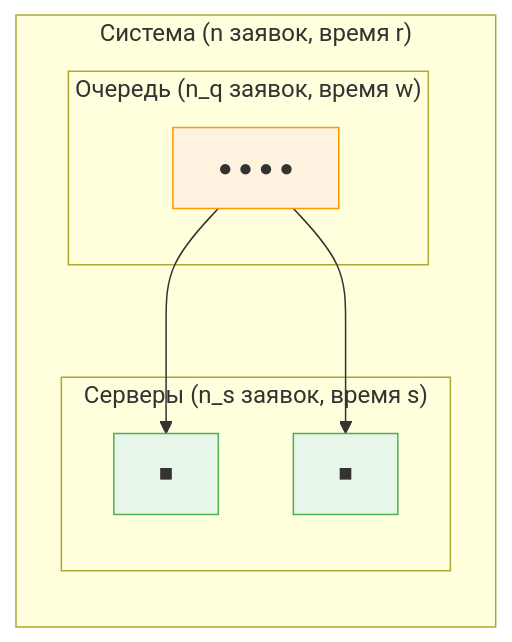
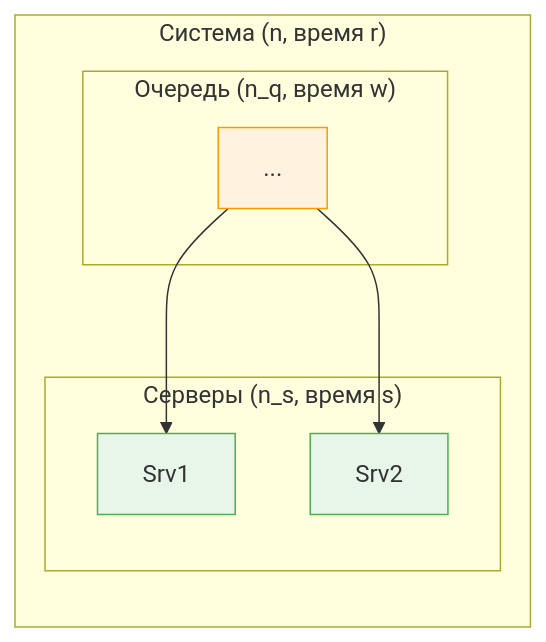
The fourth of 6 diagrams in docs/06-queueing-intro.md (stareeg/simulation-modeling-notes), drawn with Mermaid before and after one commit. The commit also changed other lines of this file and 14 other files, not shown here.

````diff
--- a/docs/06-queueing-intro.md
+++ b/docs/06-queueing-intro.md
@@ -232,18 +244,18 @@
 ```mermaid
 flowchart LR
-    subgraph "Система (n заявок, время r)"
-        subgraph "Очередь (n_q заявок, время w)"
-            Q["● ● ● ●"]
+    subgraph "Система (n, время r)"
+        subgraph "Очередь (n_q, время w)"
+            Q["..."]
         end
-        subgraph "Серверы (n_s заявок, время s)"
-            S1["■"]
-            S2["■"]
+        subgraph "Серверы (n_s, время s)"
+            S1["Srv1"]
+            S2["Srv2"]
         end
         Q --> S1
         Q --> S2
     end
 
     style Q fill:#fff3e0,stroke:#FF9800
     style S1 fill:#e8f5e9,stroke:#4CAF50
     style S2 fill:#e8f5e9,stroke:#4CAF50
 ```
````
